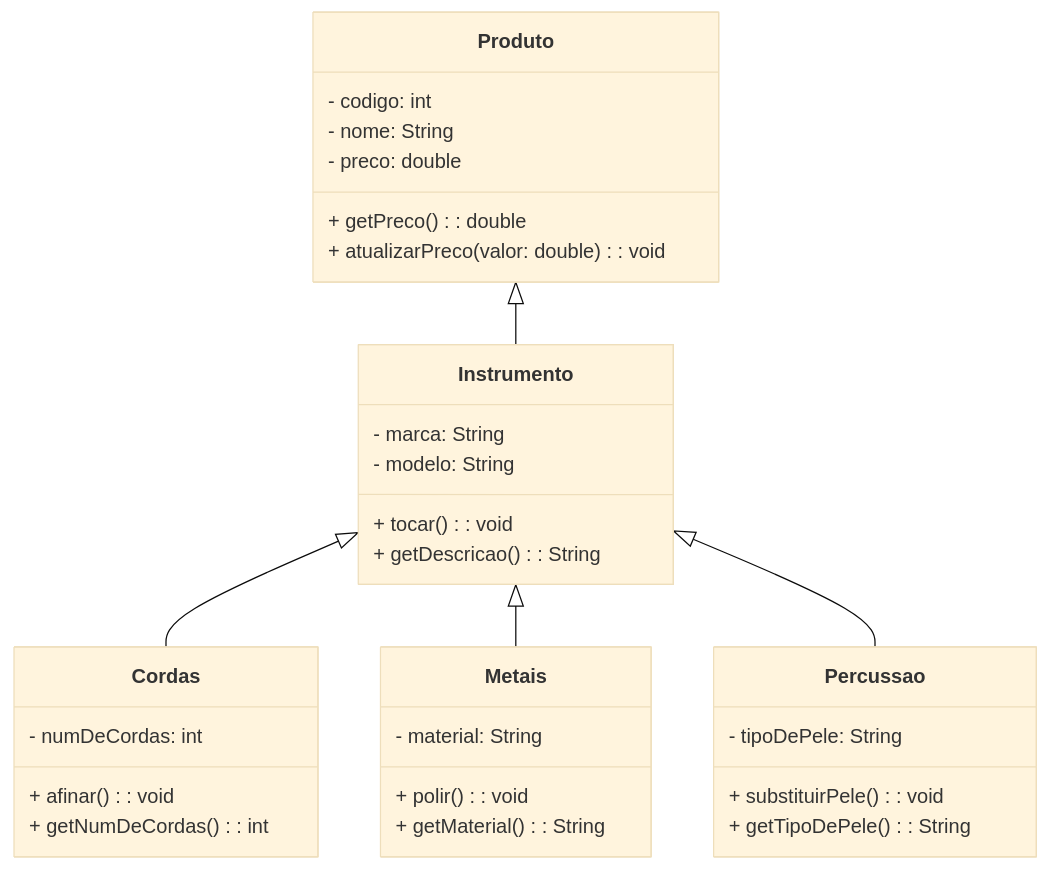
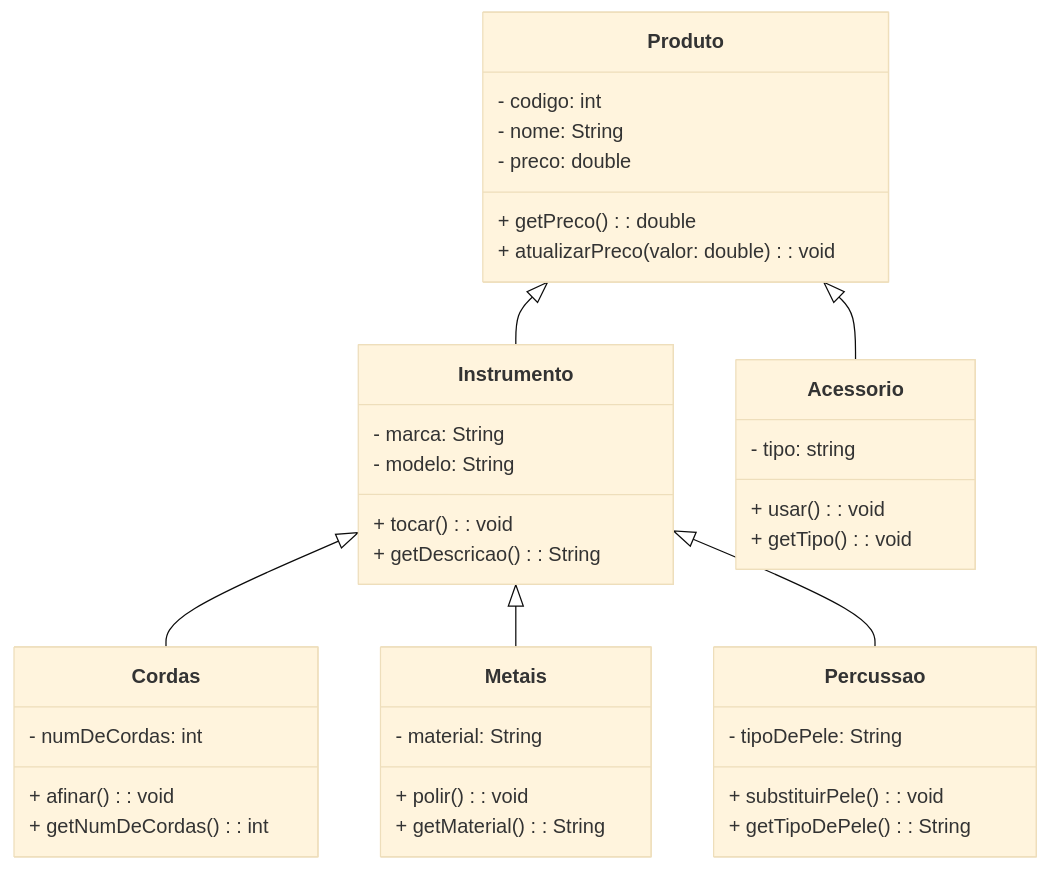
Before and after one commit to helenabuery/poojavaceub-grupo1: the diagram in classeProduto.md, drawn with Mermaid (base theme).

````diff
--- a/classeProduto.md
+++ b/classeProduto.md
@@ -1,40 +1,46 @@
 ```mermaid
 classDiagram
   class Produto {
     - codigo: int
     - nome: String
     - preco: double
     + getPreco(): double
     + atualizarPreco(valor: double): void
   }
 
   class Instrumento {
     - marca: String
     - modelo: String
     + tocar(): void
     + getDescricao(): String
   }
 
   class Cordas {
     - numDeCordas: int
     + afinar(): void
     + getNumDeCordas(): int
   }
 
   class Metais {
     - material: String
     + polir(): void
     + getMaterial(): String
   }
 
   class Percussao {
     - tipoDePele: String
     + substituirPele(): void 
     + getTipoDePele(): String
   }
 
+  class Acessorio {
+   - tipo: string
+   + usar(): void
+   + getTipo(): void
+}
   Produto <|-- Instrumento
   Instrumento <|-- Cordas
   Instrumento <|-- Metais
   Instrumento <|-- Percussao
+  Produto <|-- Acessorio
 ```
````
